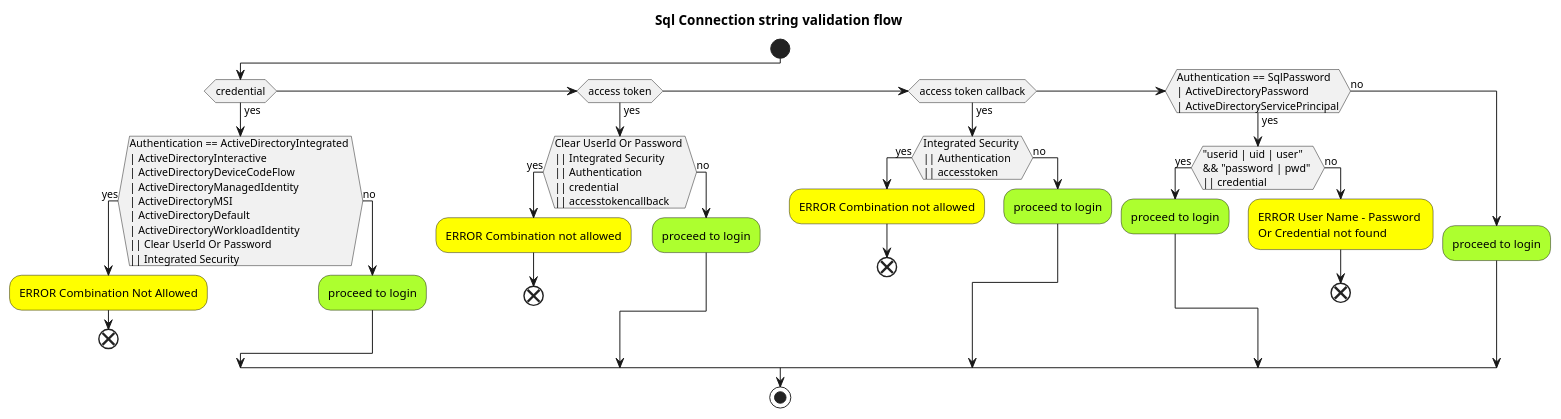
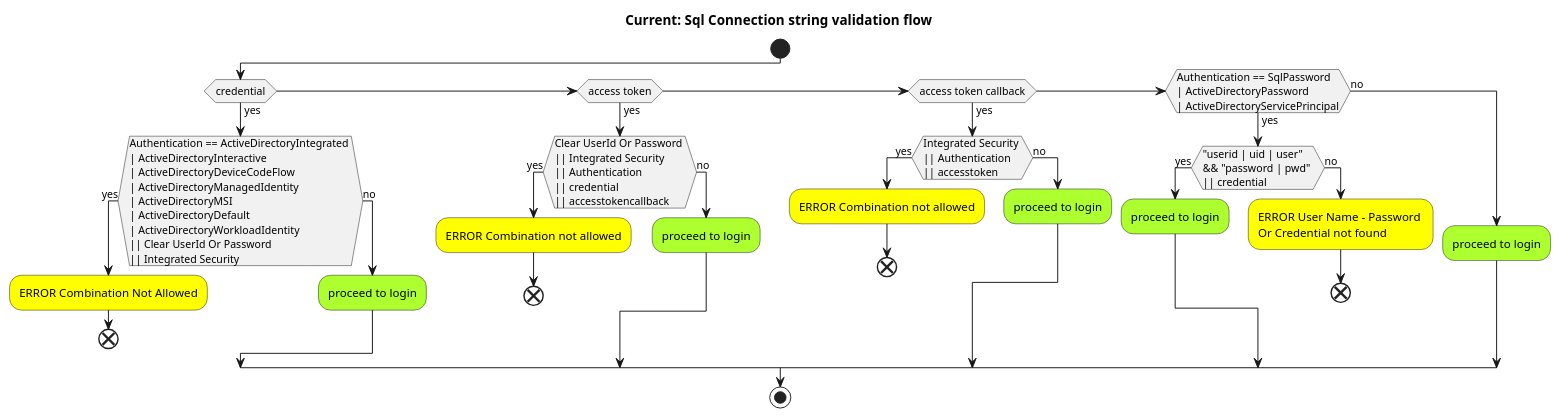
One commit to cheenamalhotra/sqlclientdesigns changed the first of 2 diagrams in flowcharts/loginflow.plantuml. Above: the diagram before and after it, drawn with PlantUML. The commit also changed other lines of this file and 3 other files, not shown here.

```diff
--- a/flowcharts/loginflow.plantuml
+++ b/flowcharts/loginflow.plantuml
@@ -1,39 +1,39 @@
-@startuml authparamsvalidation
-title "Sql Connection string validation flow"
+@startuml currentcsvalidation
+title "Current: Sql Connection string validation flow"
 
 start;
 if (credential) then (yes)
     if(Authentication == ActiveDirectoryIntegrated \n| ActiveDirectoryInteractive \n| ActiveDirectoryDeviceCodeFlow \n| ActiveDirectoryManagedIdentity \n| ActiveDirectoryMSI \n| ActiveDirectoryDefault \n| ActiveDirectoryWorkloadIdentity \n|| Clear UserId Or Password \n|| Integrated Security) then (yes)
         #Yellow :ERROR Combination Not Allowed;
         end;
     else (no)
         #GreenYellow:proceed to login;
     endif
 else if(access token) then (yes)
     if(Clear UserId Or Password \n|| Integrated Security \n|| Authentication \n|| credential \n|| accesstokencallback) then (yes)
         #Yellow :ERROR Combination not allowed;
         end;
     else (no)
         #GreenYellow:proceed to login;
     endif
 else if(access token callback) then (yes)
     if(Integrated Security \n|| Authentication \n|| accesstoken) then (yes)
         #Yellow :ERROR Combination not allowed;
         end;
     else (no)
         #GreenYellow:proceed to login;
     endif
 else if(Authentication == SqlPassword \n| ActiveDirectoryPassword \n| ActiveDirectoryServicePrincipal) then (yes)
     if ("userid | uid | user" \n&& "password | pwd" \n|| credential) then (yes)
         #GreenYellow:proceed to login;
     else (no)
         #Yellow :ERROR User Name - Password \nOr Credential not found; 
         end;
     endif
 else (no)
     #GreenYellow :proceed to login;
 endif
 
 stop;
 
 @enduml
```
